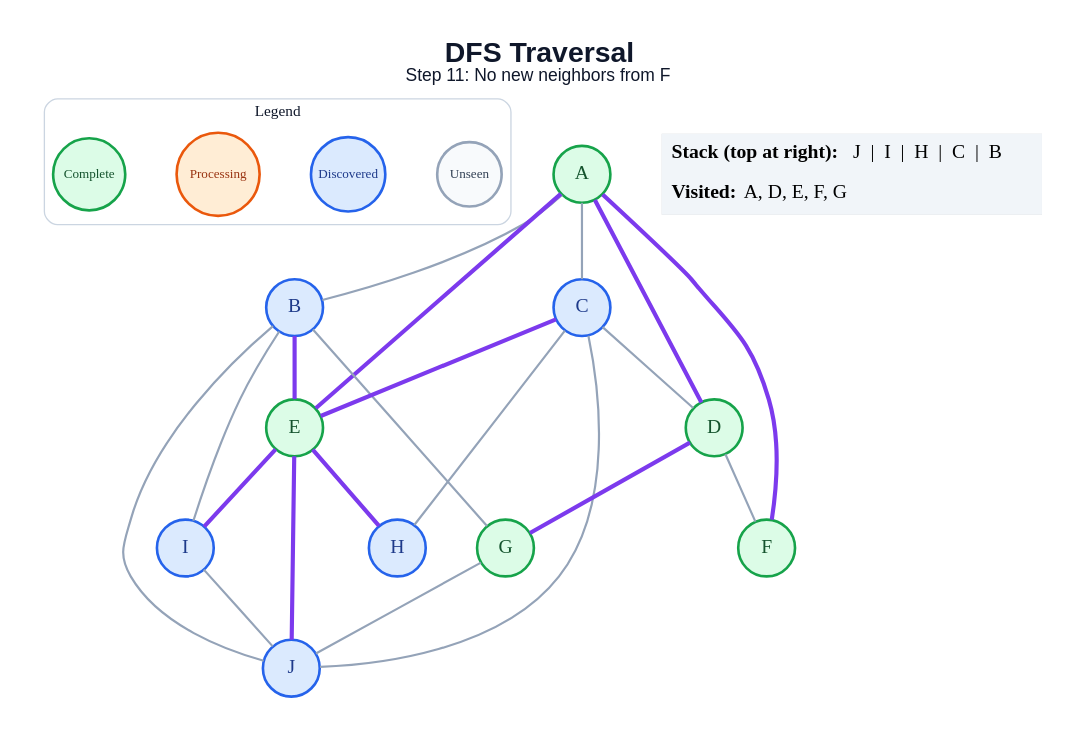
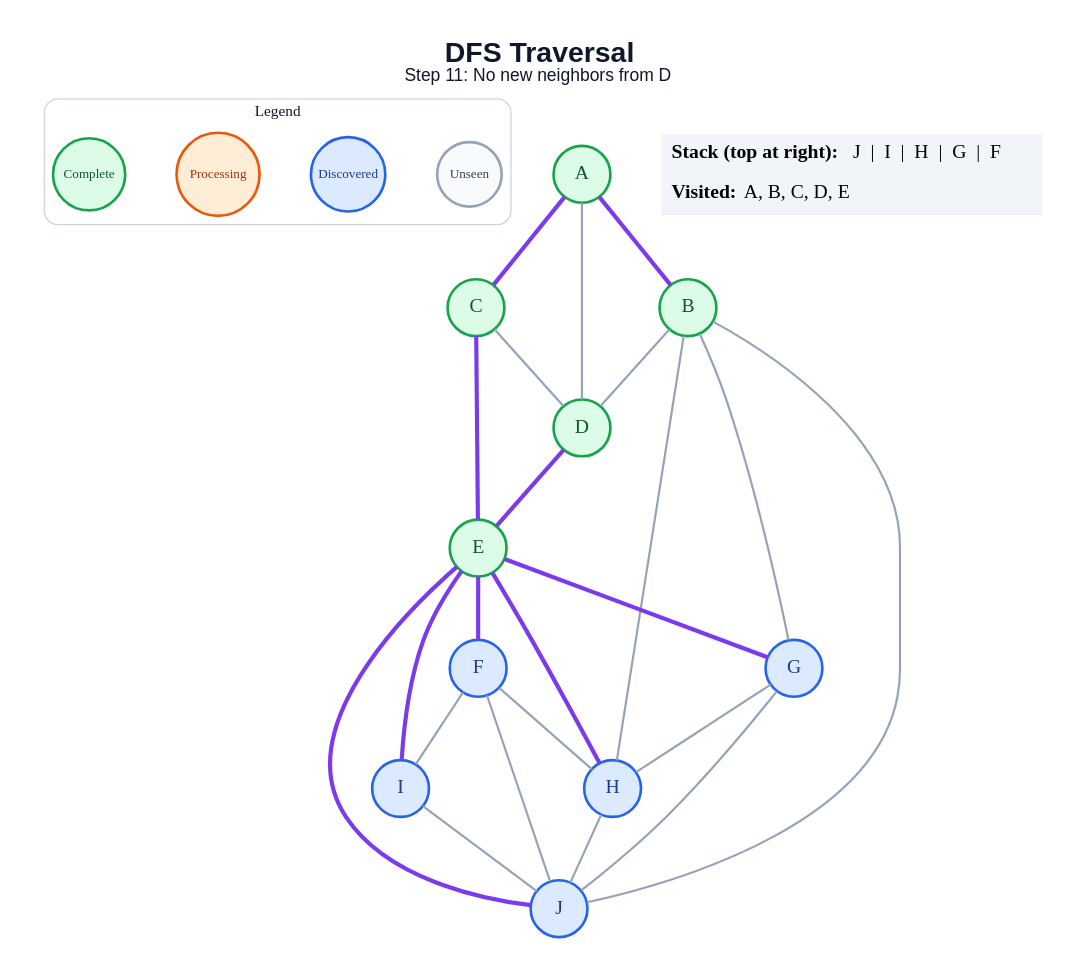
Before and after one commit to amanghodawala9/ai-slop: the diagram in generated/specific-node/dfs/step_11.dot, drawn with Graphviz. The commit also changed 178 other files, not shown here.

```diff
--- a/generated/specific-node/dfs/step_11.dot
+++ b/generated/specific-node/dfs/step_11.dot
@@ -1,49 +1,51 @@
 graph traversal {
   graph [layout=dot, rankdir=TB, bgcolor="#FFFFFF", pad="0.35", nodesep="0.65", ranksep="0.8", fontname="Arial"];
   node [shape=circle, style="filled", fontname="Arial Bold", fontsize=18, width=0.72, fixedsize=true, penwidth=2.4];
   edge [color="#94A3B8", penwidth=2.0];
-  label=<<B>DFS Traversal</B><BR/><FONT POINT-SIZE="16">Step 11: No new neighbors from F</FONT>>; labelloc="t"; fontsize=26; fontname="Arial"; fontcolor="#0F172A";
+  label=<<B>DFS Traversal</B><BR/><FONT POINT-SIZE="16">Step 11: No new neighbors from D</FONT>>; labelloc="t"; fontsize=26; fontname="Arial"; fontcolor="#0F172A";
   subgraph cluster_legend { label="Legend"; color="#CBD5E1"; penwidth=1.2; style="rounded"; fontsize=14; fontname="Arial Bold";
     key_unseen [label="Unseen", fillcolor="#F8FAFC", color="#94A3B8", fontcolor="#334155", fontsize=12, width=0.82];
     key_frontier [label="Discovered", fillcolor="#DBEAFE", color="#2563EB", fontcolor="#1E3A8A", fontsize=12, width=0.95];
     key_current [label="Processing", fillcolor="#FFEDD5", color="#EA580C", fontcolor="#9A3412", fontsize=12, width=1.05];
     key_done [label="Complete", fillcolor="#DCFCE7", color="#16A34A", fontcolor="#14532D", fontsize=12, width=0.92];
     { rank=same; key_unseen; key_frontier; key_current; key_done; }
   }
   A [fillcolor="#DCFCE7", color="#16A34A", fontcolor="#14532D"];
-  B [fillcolor="#DBEAFE", color="#2563EB", fontcolor="#1E3A8A"];
-  C [fillcolor="#DBEAFE", color="#2563EB", fontcolor="#1E3A8A"];
+  B [fillcolor="#DCFCE7", color="#16A34A", fontcolor="#14532D"];
+  C [fillcolor="#DCFCE7", color="#16A34A", fontcolor="#14532D"];
   D [fillcolor="#DCFCE7", color="#16A34A", fontcolor="#14532D"];
   E [fillcolor="#DCFCE7", color="#16A34A", fontcolor="#14532D"];
-  F [fillcolor="#DCFCE7", color="#16A34A", fontcolor="#14532D"];
-  G [fillcolor="#DCFCE7", color="#16A34A", fontcolor="#14532D"];
+  F [fillcolor="#DBEAFE", color="#2563EB", fontcolor="#1E3A8A"];
+  G [fillcolor="#DBEAFE", color="#2563EB", fontcolor="#1E3A8A"];
   H [fillcolor="#DBEAFE", color="#2563EB", fontcolor="#1E3A8A"];
   I [fillcolor="#DBEAFE", color="#2563EB", fontcolor="#1E3A8A"];
   J [fillcolor="#DBEAFE", color="#2563EB", fontcolor="#1E3A8A"];
-  A -- B;
-  A -- C;
-  A -- D [color="#7C3AED", penwidth=3.8];
-  A -- E [color="#7C3AED", penwidth=3.8];
-  A -- F [color="#7C3AED", penwidth=3.8];
-  B -- E [color="#7C3AED", penwidth=3.8];
+  A -- B [color="#7C3AED", penwidth=3.8];
+  A -- C [color="#7C3AED", penwidth=3.8];
+  A -- D;
+  B -- D;
   B -- G;
-  B -- I;
+  B -- H;
   B -- J;
   C -- D;
   C -- E [color="#7C3AED", penwidth=3.8];
-  C -- H;
-  C -- J;
-  D -- F;
-  D -- G [color="#7C3AED", penwidth=3.8];
+  D -- E [color="#7C3AED", penwidth=3.8];
+  E -- F [color="#7C3AED", penwidth=3.8];
+  E -- G [color="#7C3AED", penwidth=3.8];
   E -- H [color="#7C3AED", penwidth=3.8];
   E -- I [color="#7C3AED", penwidth=3.8];
   E -- J [color="#7C3AED", penwidth=3.8];
+  F -- H;
+  F -- I;
+  F -- J;
+  G -- H;
   G -- J;
+  H -- J;
   I -- J;
   status [shape=plain, fixedsize=false, width=0, height=0, margin=0, label=<
     <TABLE BORDER="0" CELLBORDER="0" CELLPADDING="7" BGCOLOR="#F1F5F9">
-      <TR><TD ALIGN="LEFT"><B>Stack (top at right):</B> J  |  I  |  H  |  C  |  B</TD></TR>
-      <TR><TD ALIGN="LEFT"><B>Visited:</B> A, D, E, F, G</TD></TR>
+      <TR><TD ALIGN="LEFT"><B>Stack (top at right):</B> J  |  I  |  H  |  G  |  F</TD></TR>
+      <TR><TD ALIGN="LEFT"><B>Visited:</B> A, B, C, D, E</TD></TR>
     </TABLE>
   >];
 }
```
